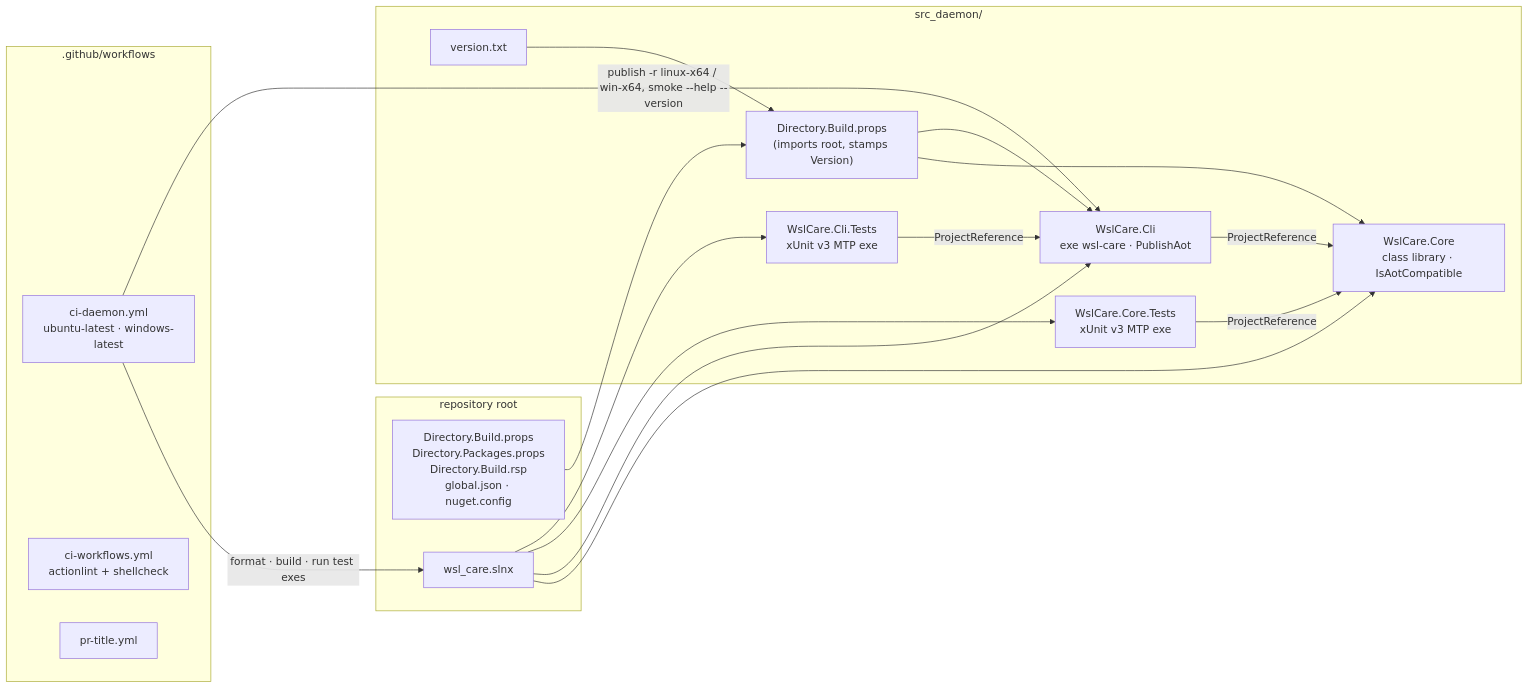
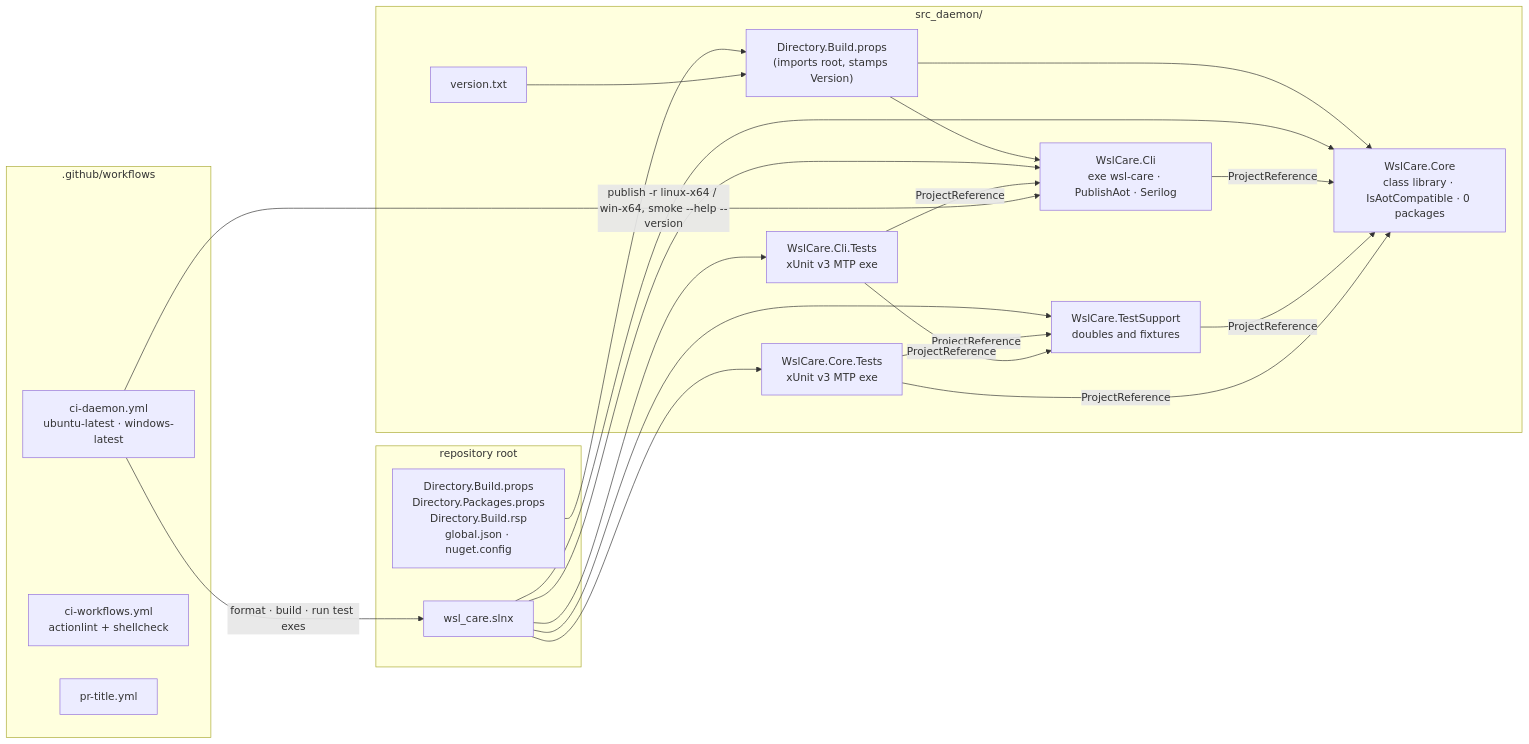
The first of 2 diagrams in research/architecture.md (oleksandrdubyna88/wsl_care), drawn with Mermaid before and after one commit. The commit also changed other lines of this file and 76 other files, not shown here.

````diff
--- a/research/architecture.md
+++ b/research/architecture.md
@@ -37,36 +86,41 @@
 ```mermaid
 flowchart LR
     subgraph root["repository root"]
         props["Directory.Build.props<br/>Directory.Packages.props<br/>Directory.Build.rsp<br/>global.json · nuget.config"]
         slnx["wsl_care.slnx"]
     end
 
     subgraph daemon["src_daemon/"]
         ver["version.txt"]
         dprops["Directory.Build.props<br/>(imports root, stamps Version)"]
-        core["WslCare.Core<br/>class library · IsAotCompatible"]
-        cli["WslCare.Cli<br/>exe wsl-care · PublishAot"]
+        core["WslCare.Core<br/>class library · IsAotCompatible · 0 packages"]
+        cli["WslCare.Cli<br/>exe wsl-care · PublishAot · Serilog"]
+        support["WslCare.TestSupport<br/>doubles and fixtures"]
         coreT["WslCare.Core.Tests<br/>xUnit v3 MTP exe"]
         cliT["WslCare.Cli.Tests<br/>xUnit v3 MTP exe"]
     end
 
     subgraph ci[".github/workflows"]
         ciD["ci-daemon.yml<br/>ubuntu-latest · windows-latest"]
         ciW["ci-workflows.yml<br/>actionlint + shellcheck"]
         prT["pr-title.yml"]
     end
 
     props --> dprops
     ver --> dprops
     dprops --> core
     dprops --> cli
     slnx --> core
     slnx --> cli
+    slnx --> support
     slnx --> coreT
     slnx --> cliT
     cli -->|ProjectReference| core
+    support -->|ProjectReference| core
     coreT -->|ProjectReference| core
+    coreT -->|ProjectReference| support
     cliT -->|ProjectReference| cli
+    cliT -->|ProjectReference| support
     ciD -->|format · build · run test exes| slnx
     ciD -->|"publish -r linux-x64 / win-x64, smoke --help --version"| cli
 ```
````
